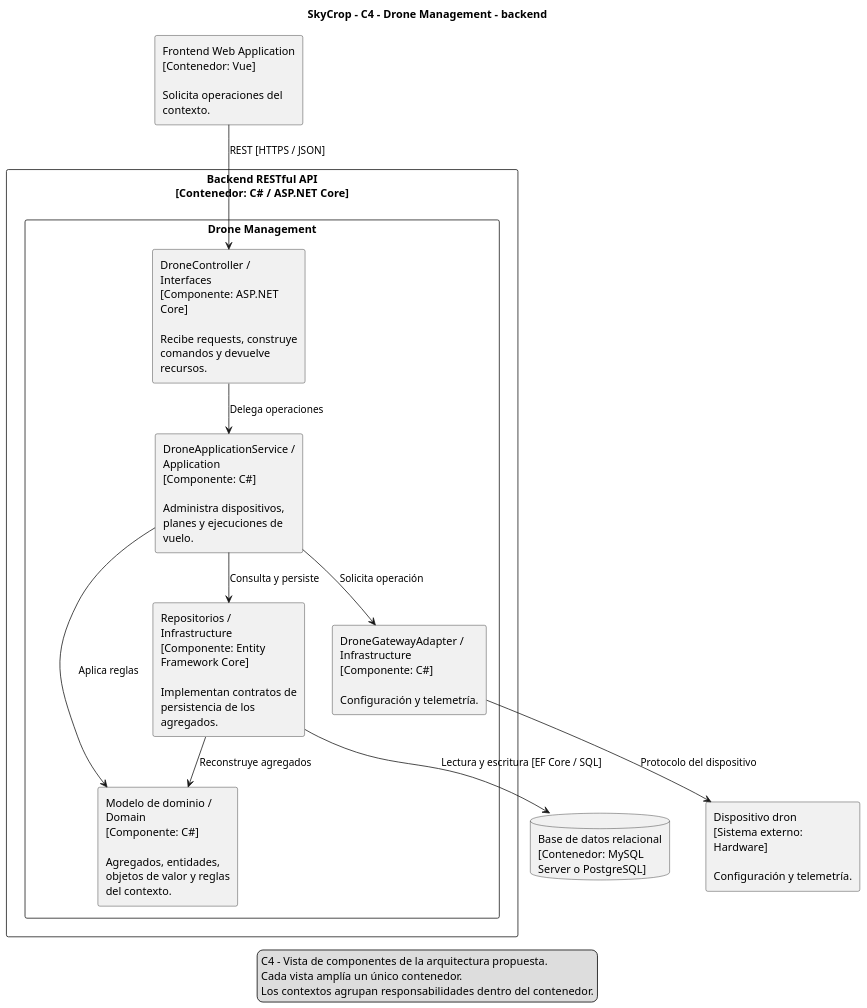
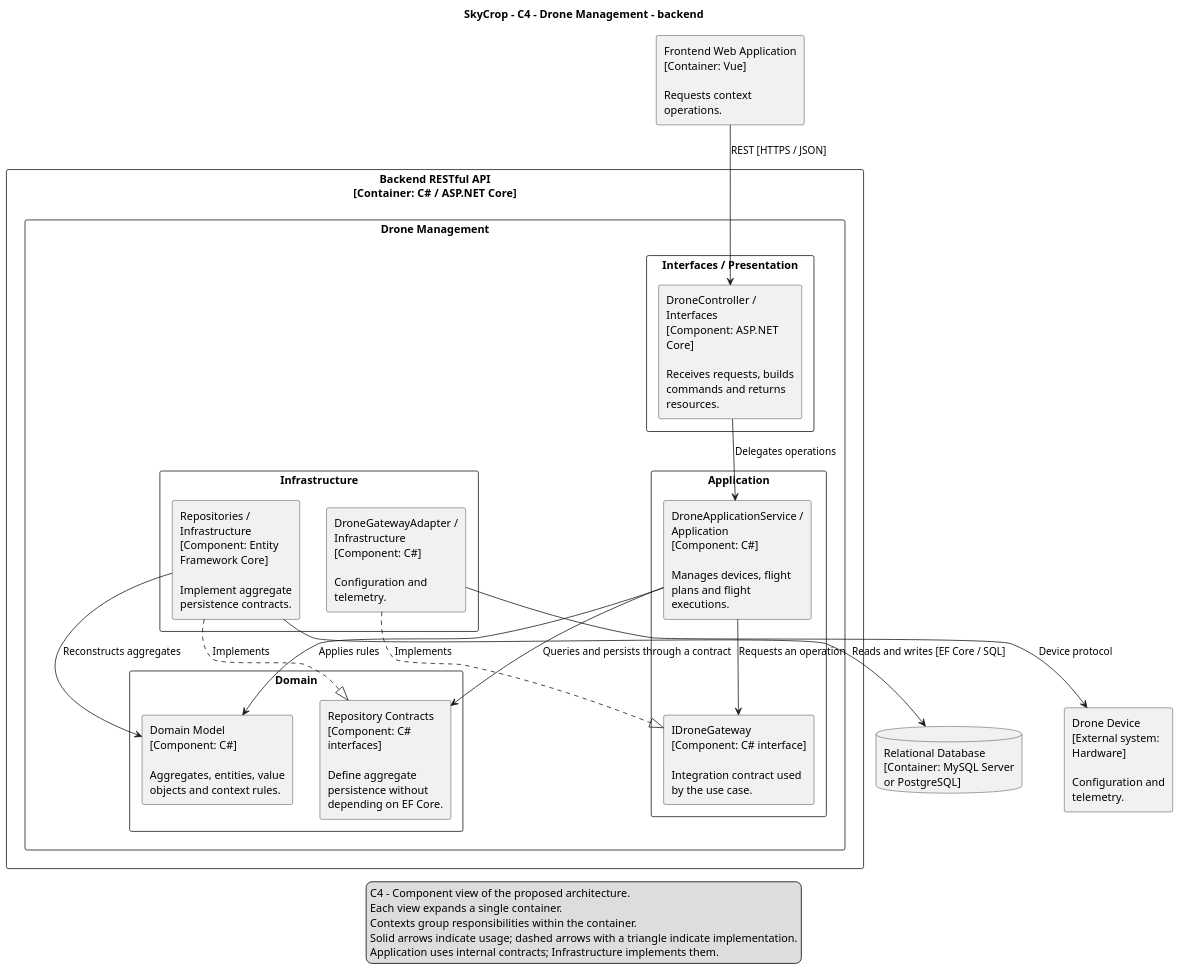
The diagram in resources/imgs/Software Architecture Diagram/contexts/drones-backend-components.puml (upc-GreenTech/skycrop-report), drawn with PlantUML before and after one commit. The commit also changed 36 other files, not shown here.

Commit message:
feature: organize component diagrams by layer and translate all labels into english.

```diff
--- a/resources/imgs/Software Architecture Diagram/contexts/drones-backend-components.puml
+++ b/resources/imgs/Software Architecture Diagram/contexts/drones-backend-components.puml
@@ -1,37 +1,51 @@
 @startuml
 skinparam monochrome true
 skinparam shadowing false
 skinparam dpi 120
 skinparam defaultFontName SansSerif
 skinparam componentStyle rectangle
 skinparam wrapWidth 180
 skinparam nodesep 35
 skinparam ranksep 45
 top to bottom direction
 title SkyCrop - C4 - Drone Management - backend
-component "Frontend Web Application\n[Contenedor: Vue]\n\nSolicita operaciones del contexto." as web
-rectangle "Backend RESTful API\n[Contenedor: C# / ASP.NET Core]" {
+component "Frontend Web Application\n[Container: Vue]\n\nRequests context operations." as web
+rectangle "Backend RESTful API\n[Container: C# / ASP.NET Core]" {
 rectangle "Drone Management" {
-component "DroneController / Interfaces\n[Componente: ASP.NET Core]\n\nRecibe requests, construye comandos y devuelve recursos." as controller
-component "DroneApplicationService / Application\n[Componente: C#]\n\nAdministra dispositivos, planes y ejecuciones de vuelo." as service
-component "Modelo de dominio / Domain\n[Componente: C#]\n\nAgregados, entidades, objetos de valor y reglas del contexto." as domain
-component "Repositorios / Infrastructure\n[Componente: Entity Framework Core]\n\nImplementan contratos de persistencia de los agregados." as repository
-component "DroneGatewayAdapter / Infrastructure\n[Componente: C#]\n\nConfiguración y telemetría." as adapter
+rectangle "Interfaces / Presentation" {
+component "DroneController / Interfaces\n[Component: ASP.NET Core]\n\nReceives requests, builds commands and returns resources." as controller
+}
+rectangle "Application" {
+component "DroneApplicationService / Application\n[Component: C#]\n\nManages devices, flight plans and flight executions." as service
+component "IDroneGateway\n[Component: C# interface]\n\nIntegration contract used by the use case." as integrationContract
+}
+rectangle "Domain" {
+component "Domain Model\n[Component: C#]\n\nAggregates, entities, value objects and context rules." as domain
+component "Repository Contracts\n[Component: C# interfaces]\n\nDefine aggregate persistence without depending on EF Core." as repositoryContract
+}
+rectangle "Infrastructure" {
+component "Repositories / Infrastructure\n[Component: Entity Framework Core]\n\nImplement aggregate persistence contracts." as repository
+component "DroneGatewayAdapter / Infrastructure\n[Component: C#]\n\nConfiguration and telemetry." as adapter
 }
 }
-database "Base de datos relacional\n[Contenedor: MySQL Server o PostgreSQL]" as db
+}
+database "Relational Database\n[Container: MySQL Server or PostgreSQL]" as db
 web --> controller : REST [HTTPS / JSON]
-controller --> service : Delega operaciones
-service --> domain : Aplica reglas
-service --> repository : Consulta y persiste
-repository --> domain : Reconstruye agregados
-repository --> db : Lectura y escritura [EF Core / SQL]
-service --> adapter : Solicita operación
-component "Dispositivo dron\n[Sistema externo: Hardware]\n\nConfiguración y telemetría." as provider
-adapter --> provider : Protocolo del dispositivo
+controller --> service : Delegates operations
+service --> domain : Applies rules
+service --> repositoryContract : Queries and persists through a contract
+repository ..|> repositoryContract : Implements
+repository --> domain : Reconstructs aggregates
+repository --> db : Reads and writes [EF Core / SQL]
+service --> integrationContract : Requests an operation
+adapter ..|> integrationContract : Implements
+component "Drone Device\n[External system: Hardware]\n\nConfiguration and telemetry." as provider
+adapter --> provider : Device protocol
 legend bottom
-C4 - Vista de componentes de la arquitectura propuesta.
-Cada vista amplía un único contenedor.
-Los contextos agrupan responsabilidades dentro del contenedor.
+C4 - Component view of the proposed architecture.
+Each view expands a single container.
+Contexts group responsibilities within the container.
+Solid arrows indicate usage; dashed arrows with a triangle indicate implementation.
+Application uses internal contracts; Infrastructure implements them.
 endlegend
 @enduml
```
